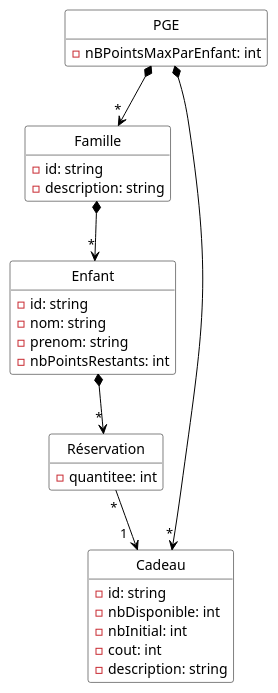
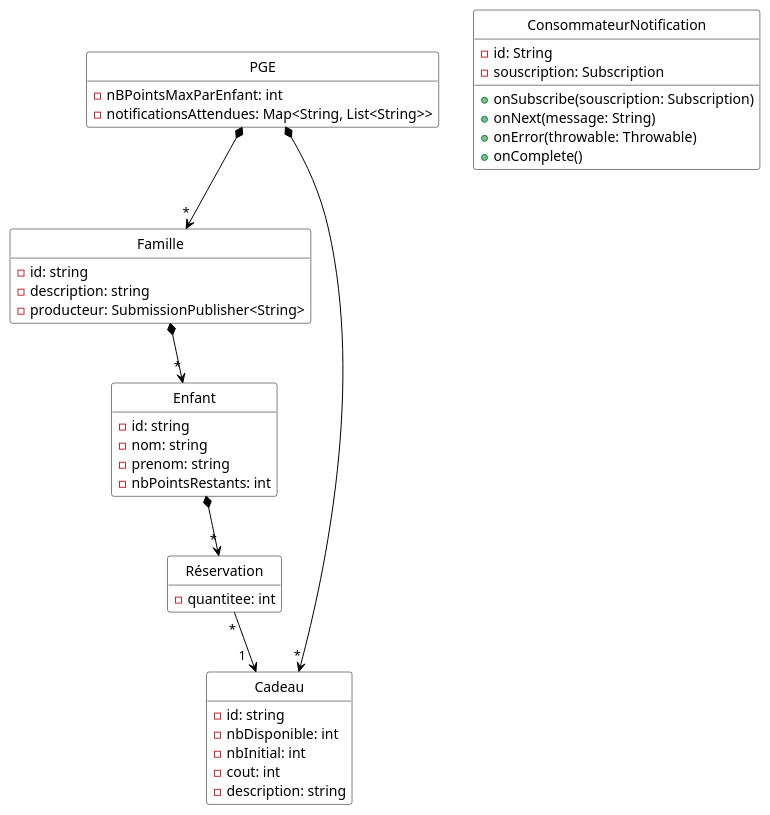
One commit to yasminebelmaaziz/dev_logiciel changed the diagram in Diagrammes/pge_uml_diag_classes.pu. Above: the diagram before and after it, drawn with PlantUML. The commit also changed 8 other files, not shown here.

```diff
--- a/Diagrammes/pge_uml_diag_classes.pu
+++ b/Diagrammes/pge_uml_diag_classes.pu
@@ -1,51 +1,64 @@
 @startuml
 hide empty methods
 hide circle
 skinparam class {
   BackgroundColor White
   ArrowColor Black
   BorderColor Black
 }
 skinparam groupInheritance 3
 
 class PGE {
   - nBPointsMaxParEnfant: int
+  - notificationsAttendues: Map<String, List<String>>
 }
 
 class Famille {
   - id: string
   - description: string
+  - producteur: SubmissionPublisher<String>
+  
 }
+
+class ConsommateurNotification {
+    - id: String
+    - souscription: Subscription
+    + onSubscribe(souscription: Subscription)
+    + onNext(message: String)
+    + onError(throwable: Throwable)
+    + onComplete()
+}
+
 
 class Enfant {
   - id: string
   - nom: string
   - prenom: string
   - nbPointsRestants: int
 }
 
 class Cadeau {
   - id: string
   - nbDisponible: int
   - nbInitial: int
   - cout: int
   - description: string
 }
 
 class Réservation {
   - quantitee: int
 }
 
 
 
 PGE *--> "*" Famille
 PGE *--> "*" Cadeau
 
 Enfant *-->"*" Réservation
 Réservation "*"--> "1  " Cadeau
 
 
 Famille *--> "*" Enfant
 
 
 @enduml
```
